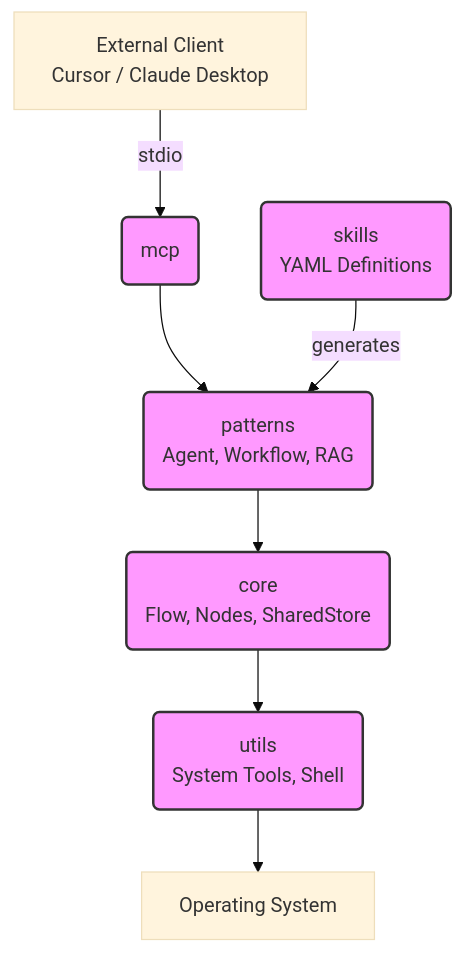
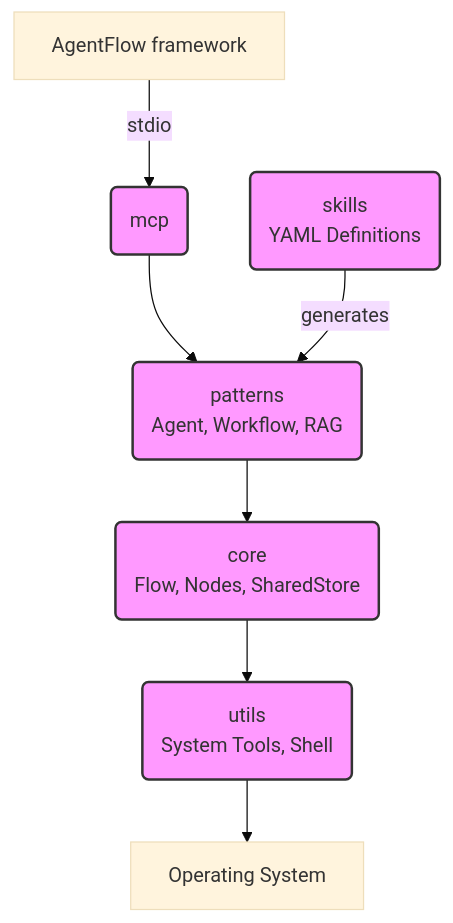
One commit to EzekTec-Inc/AgentFlow changed the first of 10 diagrams in README.md. Above: the diagram before and after it, drawn with Mermaid (base theme). The commit also changed 21 other files, not shown here.

````diff
--- a/README.md
+++ b/README.md
@@ -17,12 +17,12 @@
 ```mermaid
 graph TD
-    Client["External Client<br>Cursor / Claude Desktop"] -->|stdio| MCP("mcp")
+    Client["AgentFlow framework"] -->|stdio| MCP("mcp")
     MCP --> Patterns
     Skills("skills<br>YAML Definitions") -->|generates| Patterns
     Patterns("patterns<br>Agent, Workflow, RAG") --> Core
     Core("core<br>Flow, Nodes, SharedStore") --> Utils
     Utils("utils<br>System Tools, Shell") --> OS["Operating System"]
     
     classDef layer fill:#f9f,stroke:#333,stroke-width:2px;
     class MCP,Skills,Patterns,Core,Utils layer;
 ```
````
